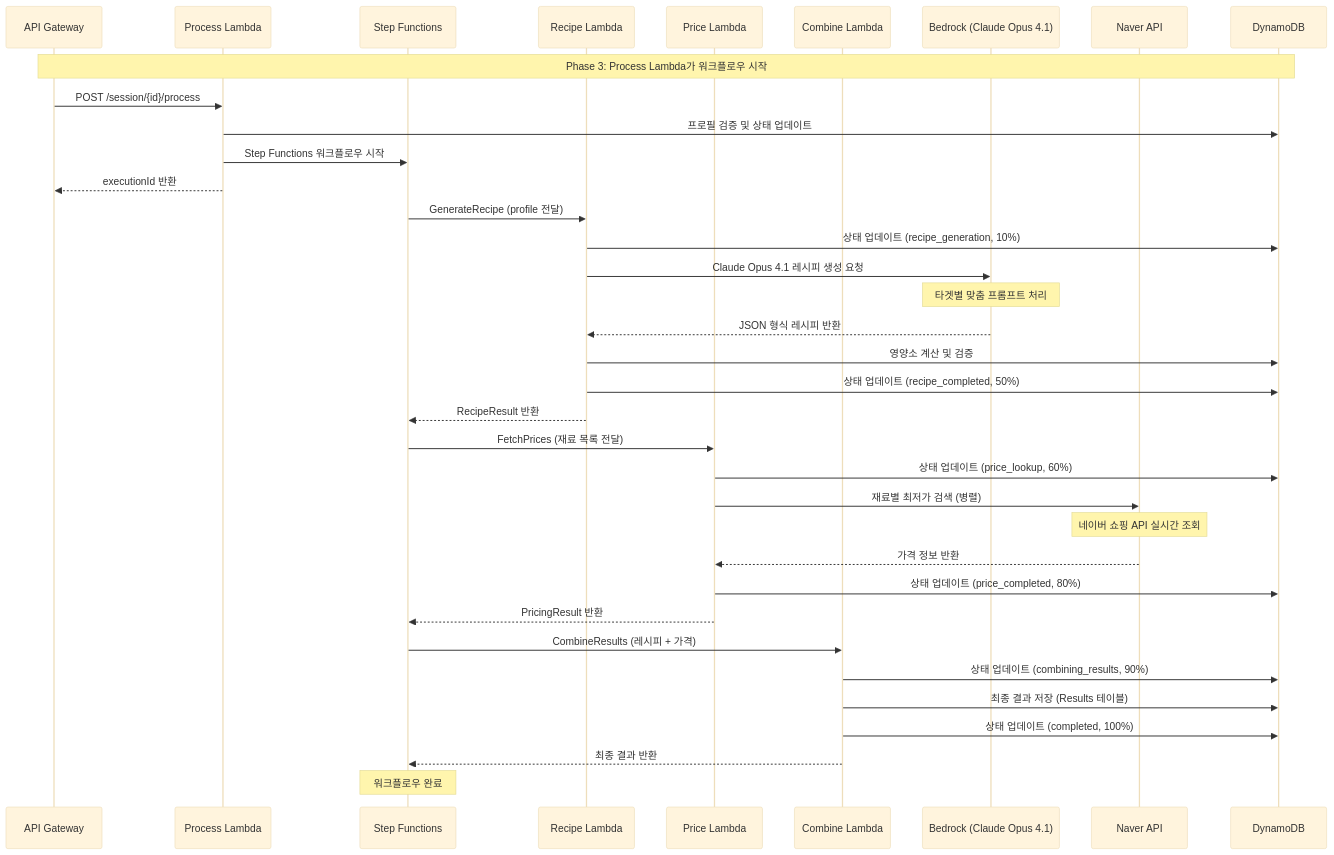
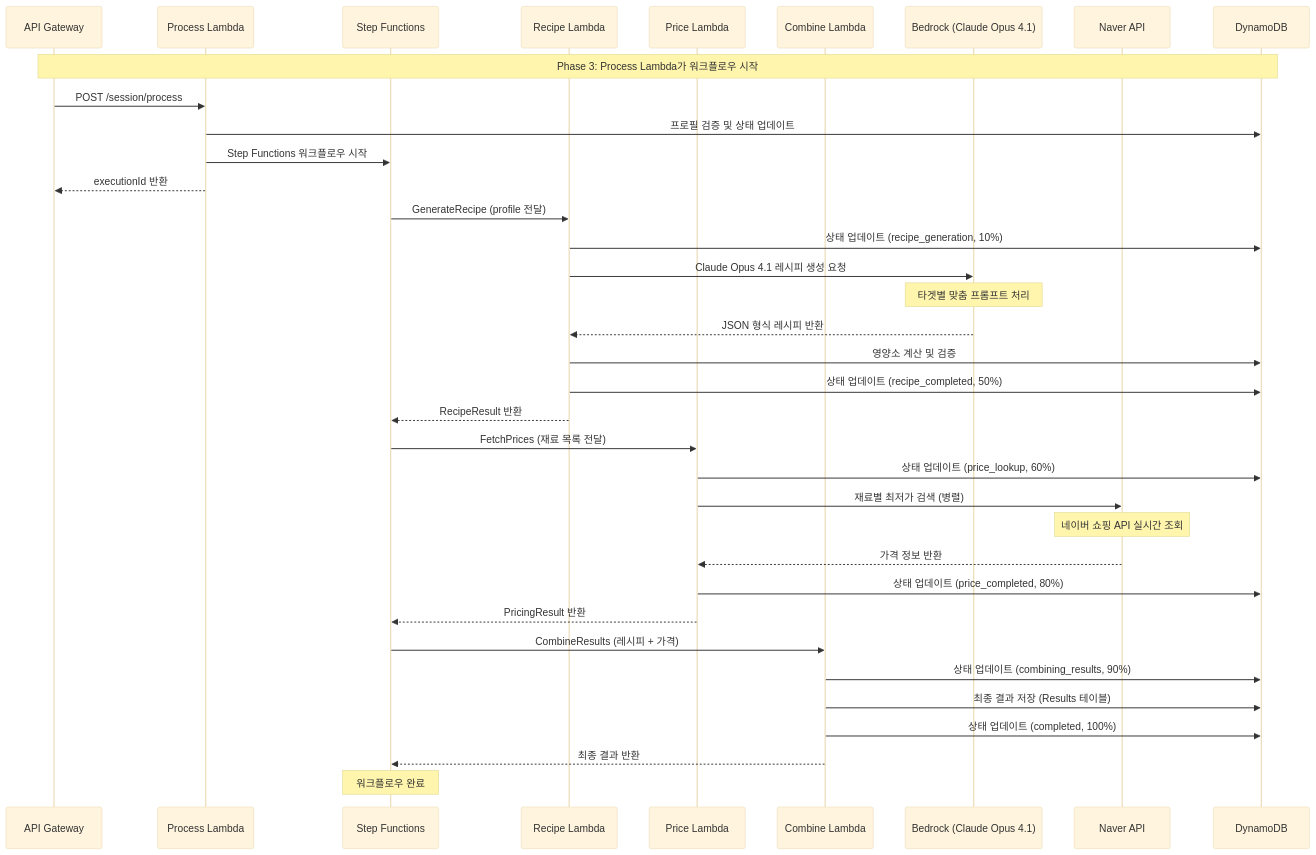
The diagram in docs/integration/sequences/PHASE3_PROCESSING.md (awsqhackathonXddeokssang/team21-aws-hackathon), drawn with Mermaid (base theme) before and after one commit. The commit also changed other lines of this file and 16 other files, not shown here.

Commit message:
Update PHASE3_PROCESSING.md to use POST /session/process without ID in path

````diff
--- a/docs/integration/sequences/PHASE3_PROCESSING.md
+++ b/docs/integration/sequences/PHASE3_PROCESSING.md
@@ -9,48 +9,48 @@
 ```mermaid
 sequenceDiagram
     participant API as API Gateway
     participant PL as Process Lambda
     participant SF as Step Functions
     participant RL as Recipe Lambda
     participant PrL as Price Lambda
     participant CL as Combine Lambda
     participant BR as Bedrock (Claude Opus 4.1)
     participant NA as Naver API
     participant DB as DynamoDB
 
     Note over API, DB: Phase 3: Process Lambda가 워크플로우 시작
     
     %% Process Lambda가 Step Functions 시작
-    API->>PL: POST /session/{id}/process
+    API->>PL: POST /session/process
     PL->>DB: 프로필 검증 및 상태 업데이트
     PL->>SF: Step Functions 워크플로우 시작
     PL-->>API: executionId 반환
     
     %% 1. 레시피 생성 (10% → 50%)
     SF->>RL: GenerateRecipe (profile 전달)
     RL->>DB: 상태 업데이트 (recipe_generation, 10%)
     RL->>BR: Claude Opus 4.1 레시피 생성 요청
     Note over BR: 타겟별 맞춤 프롬프트 처리
     BR-->>RL: JSON 형식 레시피 반환
     RL->>DB: 영양소 계산 및 검증
     RL->>DB: 상태 업데이트 (recipe_completed, 50%)
     RL-->>SF: RecipeResult 반환
     
     %% 2. 가격 조회 (50% → 80%)
     SF->>PrL: FetchPrices (재료 목록 전달)
     PrL->>DB: 상태 업데이트 (price_lookup, 60%)
     PrL->>NA: 재료별 최저가 검색 (병렬)
     Note over NA: 네이버 쇼핑 API 실시간 조회
     NA-->>PrL: 가격 정보 반환
     PrL->>DB: 상태 업데이트 (price_completed, 80%)
     PrL-->>SF: PricingResult 반환
     
     %% 3. 결과 합성 (80% → 100%)
     SF->>CL: CombineResults (레시피 + 가격)
     CL->>DB: 상태 업데이트 (combining_results, 90%)
     CL->>DB: 최종 결과 저장 (Results 테이블)
     CL->>DB: 상태 업데이트 (completed, 100%)
     CL-->>SF: 최종 결과 반환
     
     Note over SF: 워크플로우 완료
 ```
````
